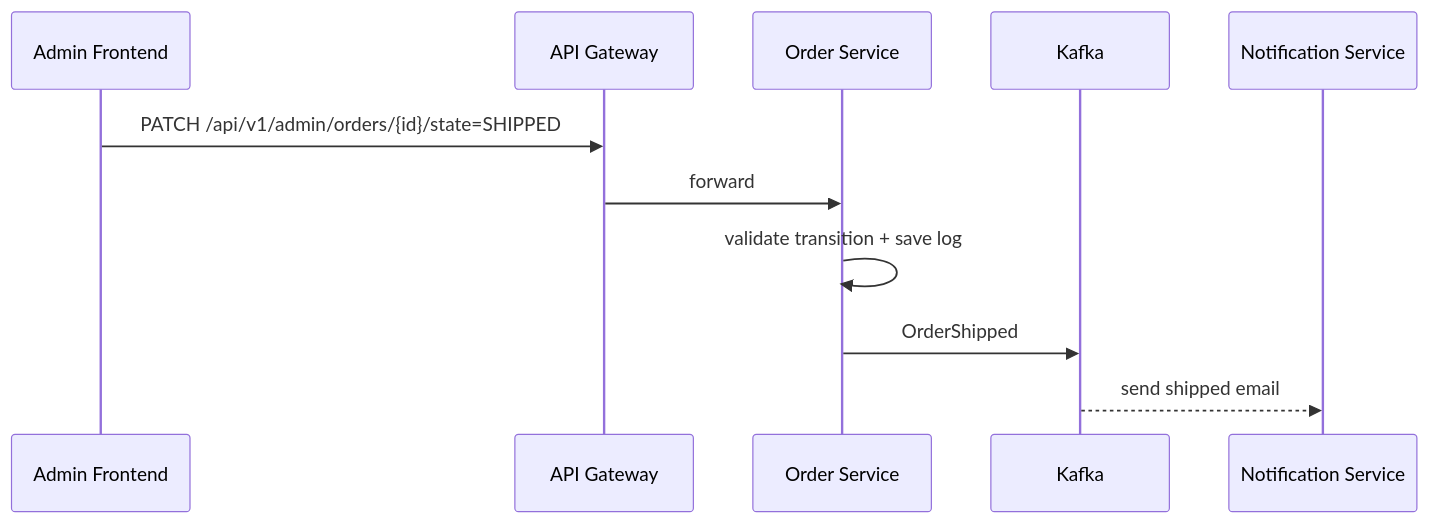
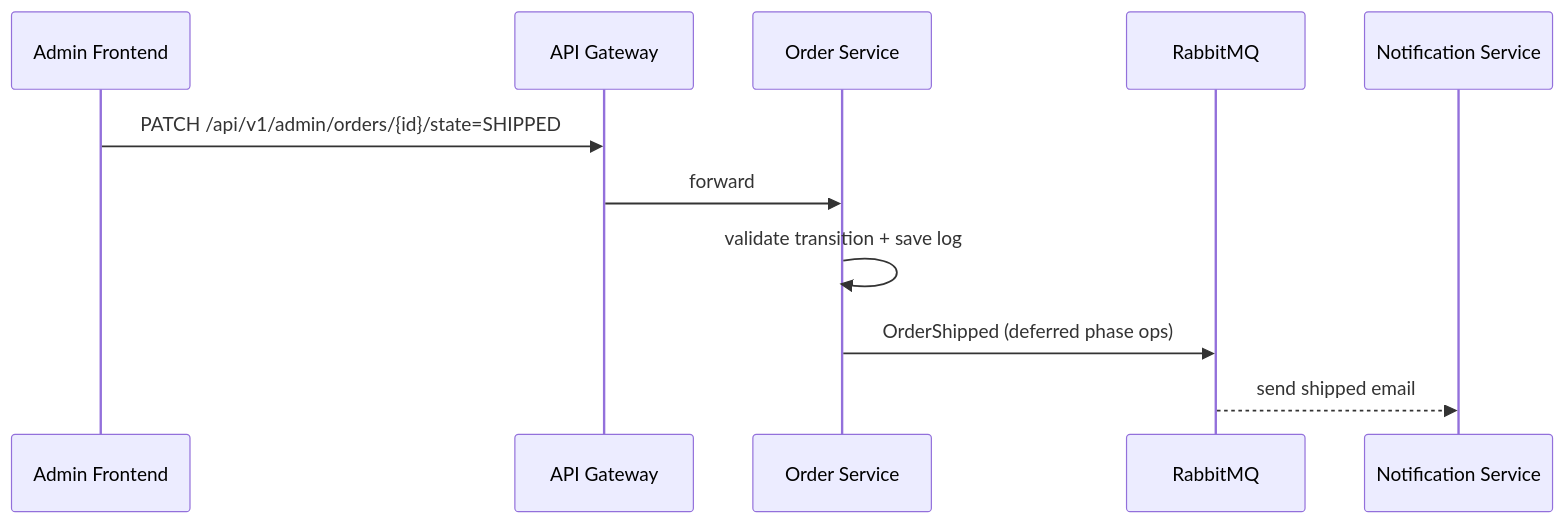
Before and after one commit to dminhduc250136/ptit_htpt: the sixth of 6 diagrams in architecture/02-sequence-diagrams.md, drawn with Mermaid. The commit also changed other lines of this file and 3 other files, not shown here.

````diff
--- a/architecture/02-sequence-diagrams.md
+++ b/architecture/02-sequence-diagrams.md
@@ -85,14 +133,14 @@
 ```mermaid
 sequenceDiagram
     participant FE as Admin Frontend
     participant GW as API Gateway
     participant OS as Order Service
-    participant K as Kafka
+    participant MQ as RabbitMQ
     participant N as Notification Service
 
     FE->>GW: PATCH /api/v1/admin/orders/{id}/state=SHIPPED
     GW->>OS: forward
     OS->>OS: validate transition + save log
-    OS->>K: OrderShipped
-    K-->>N: send shipped email
+    OS->>MQ: OrderShipped (deferred phase ops)
+    MQ-->>N: send shipped email
 ```
````
